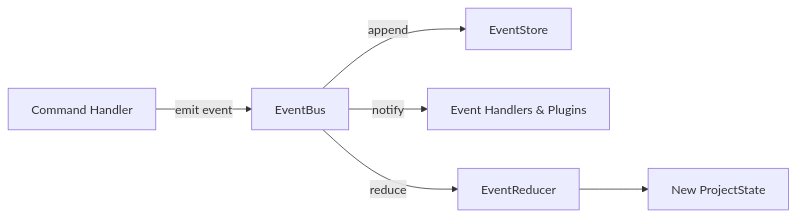
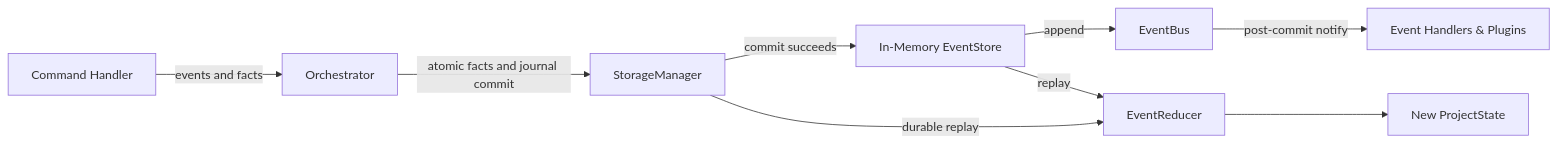
One commit to raitaskeen/LegacyExodus changed the diagram in docs/implementation/event-system.md. Above: the diagram before and after it, drawn with Mermaid. The commit also changed other lines of this file and 3 other files, not shown here.

Commit message:
docs(runtime): document durable commit and event failure semantics

````diff
--- a/docs/implementation/event-system.md
+++ b/docs/implementation/event-system.md
@@ -9,8 +9,11 @@
 ```mermaid
 flowchart LR
-    A[Command Handler] -->|emit event| B[EventBus]
-    B -->|append| C[EventStore]
-    B -->|notify| D[Event Handlers & Plugins]
-    B -->|reduce| E[EventReducer]
-    E --> F[New ProjectState]
+    A[Command Handler] -->|events and facts| B[Orchestrator]
+    B -->|atomic facts and journal commit| C[StorageManager]
+    C -->|commit succeeds| D[In-Memory EventStore]
+    D -->|append| E[EventBus]
+    E -->|post-commit notify| F[Event Handlers & Plugins]
+    D -->|replay| G[EventReducer]
+    C -->|durable replay| G
+    G --> H[New ProjectState]
 ```
````
